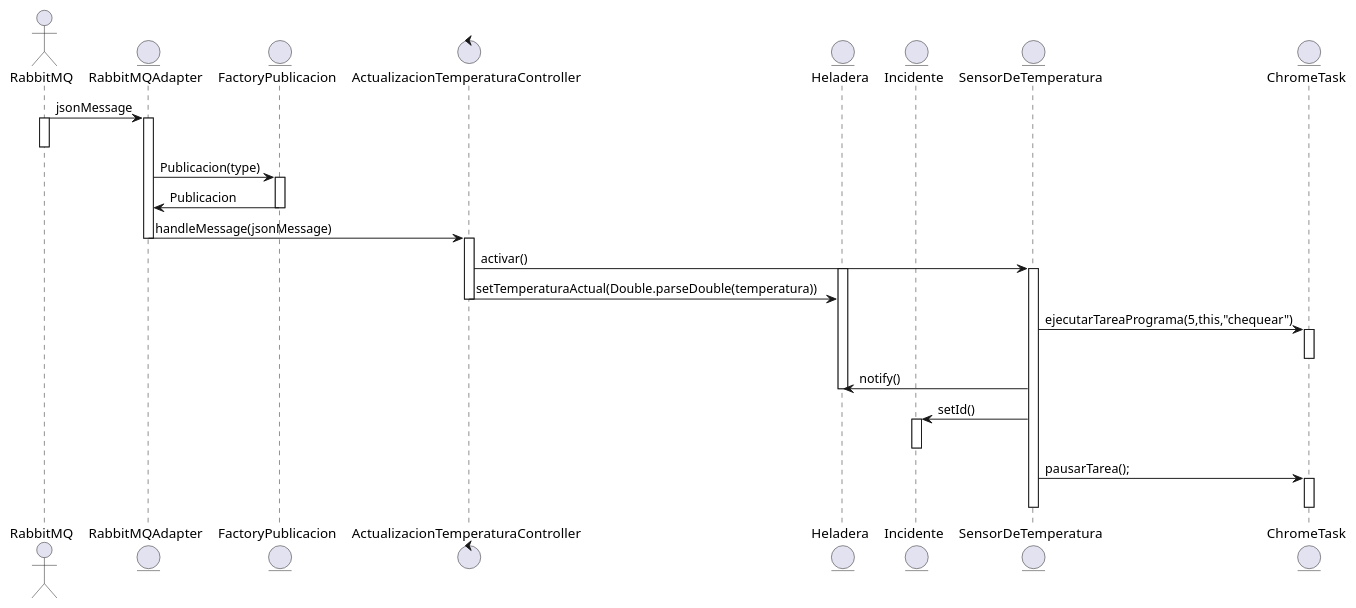
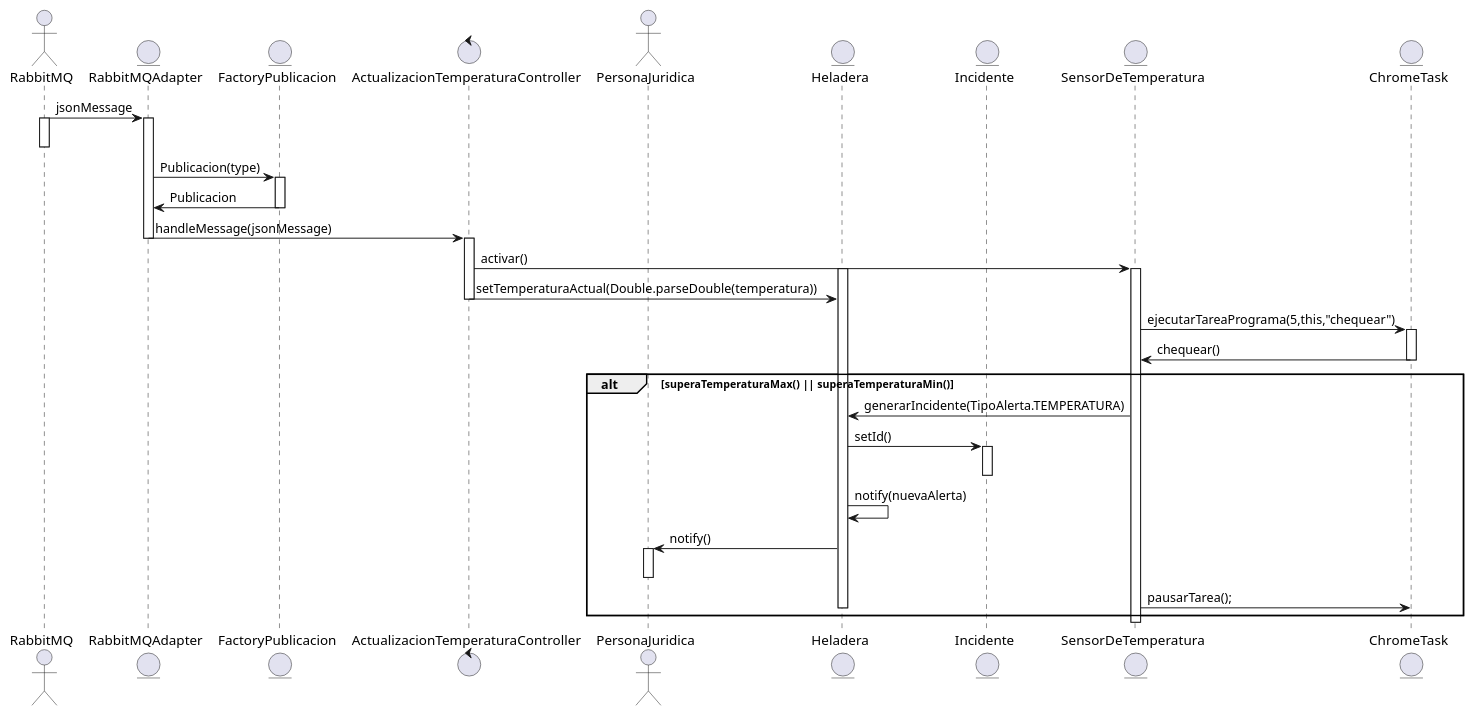
One commit to JBDelupi/TPs---DDS changed the diagram in UMLs/sensores/sensorTemperatura.puml. Above: the diagram before and after it, drawn with PlantUML. The commit also changed 76 other files, not shown here.

```diff
--- a/UMLs/sensores/sensorTemperatura.puml
+++ b/UMLs/sensores/sensorTemperatura.puml
@@ -1,42 +1,53 @@
 @startuml Sensor de Temperatura - Actualizacion de Temperatura
 
 actor RabbitMQ
 
 entity RabbitMQAdapter
 entity FactoryPublicacion
 control ActualizacionTemperaturaController
+actor PersonaJuridica
 entity Heladera
 entity Incidente
 entity SensorDeTemperatura
 entity ChromeTask
 
 RabbitMQ -> RabbitMQAdapter: jsonMessage
 activate RabbitMQ
 deactivate RabbitMQ
 activate RabbitMQAdapter
 RabbitMQAdapter -> FactoryPublicacion: Publicacion(type)
 activate FactoryPublicacion
 FactoryPublicacion -> RabbitMQAdapter: Publicacion
 deactivate FactoryPublicacion
 RabbitMQAdapter -> ActualizacionTemperaturaController: handleMessage(jsonMessage)
 deactivate RabbitMQAdapter
 activate ActualizacionTemperaturaController
 ActualizacionTemperaturaController -> SensorDeTemperatura: activar()
 activate SensorDeTemperatura
 activate Heladera
 ActualizacionTemperaturaController -> Heladera: setTemperaturaActual(Double.parseDouble(temperatura))
 deactivate ActualizacionTemperaturaController
 SensorDeTemperatura -> ChromeTask: ejecutarTareaPrograma(5,this,"chequear")
 activate ChromeTask
+ChromeTask -> SensorDeTemperatura: chequear()
 deactivate ChromeTask
-SensorDeTemperatura -> Heladera: notify()
-deactivate Heladera
-SensorDeTemperatura -> Incidente: setId()
-activate Incidente
-deactivate Incidente
-SensorDeTemperatura -> ChromeTask: pausarTarea();
+
+alt superaTemperaturaMax() || superaTemperaturaMin()
+
+    SensorDeTemperatura -> Heladera: generarIncidente(TipoAlerta.TEMPERATURA)
+    Heladera -> Incidente: setId()
+    activate Incidente
+    deactivate Incidente
+    Heladera -> Heladera: notify(nuevaAlerta)
+    Heladera -> PersonaJuridica: notify()
+    activate PersonaJuridica
+    deactivate PersonaJuridica
+    SensorDeTemperatura -> ChromeTask: pausarTarea();
+    deactivate Heladera
+end
+
 activate ChromeTask
 deactivate ChromeTask
 deactivate SensorDeTemperatura
 
 @enduml
```
